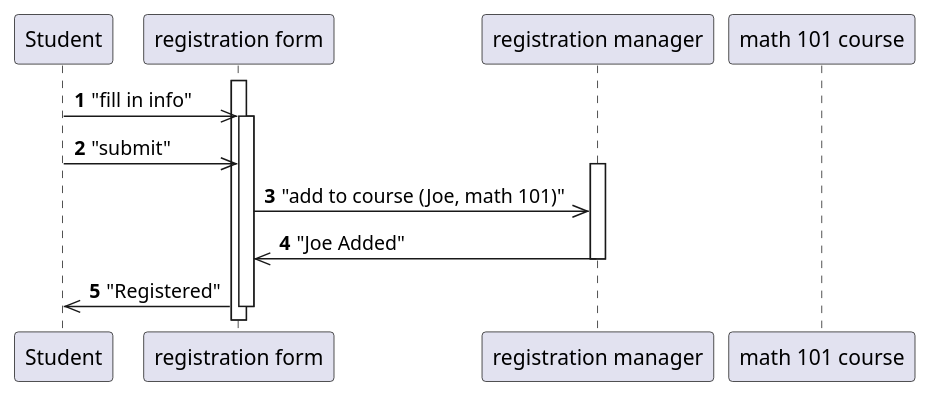
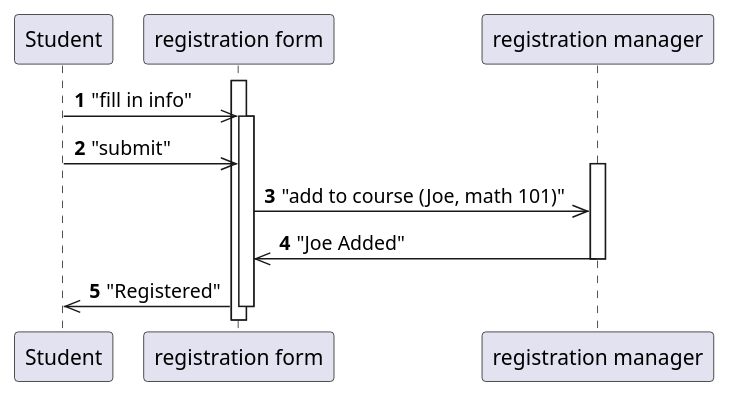
One commit to nikapple/my-notes changed the diagram in Software-Dev/Behavioral-Diagrams/test2.pu. Above: the diagram before and after it, drawn with PlantUML. The commit also changed 6 other files, not shown here.

```diff
--- a/Software-Dev/Behavioral-Diagrams/test2.pu
+++ b/Software-Dev/Behavioral-Diagrams/test2.pu
@@ -1,21 +1,20 @@
 @startuml
 
 autonumber
 
    participant "Student"
    participant "registration form"
    participant "registration manager"
-   participant "math 101 course"
-
+   
 		  activate "registration form"
 	  "Student" ->>  "registration form" : "fill in info"
 			  activate "registration form"
 	  "Student" ->>  "registration form" : "submit"
 			  activate "registration manager"
 	  "registration form" ->>  "registration manager" : "add to course (Joe, math 101)"
 			  "registration manager" ->>  "registration form" : "Joe Added"
 	  deactivate "registration manager"
   			  "registration form" ->>  "Student" : "Registered"
 	  deactivate "registration form"
 
 @enduml
```
